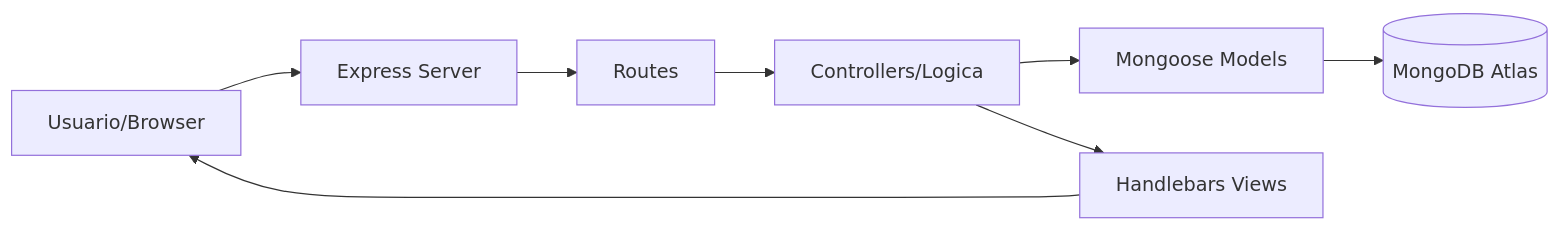
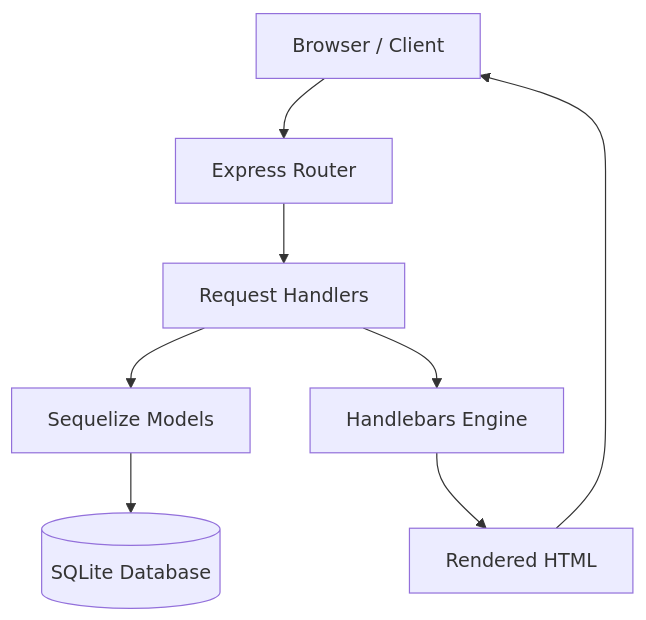
Before and after one commit to JJ16GC/UD_prueba: the diagram in README.md, drawn with Mermaid. The commit also changed other lines of this file, not shown here.

````diff
--- a/README.md
+++ b/README.md
@@ -20,10 +25,10 @@
 ```mermaid
-graph LR
-    A[Usuario/Browser] --> B[Express Server]
-    B --> C[Routes]
-    C --> D[Controllers/Logica]
-    D --> E[Mongoose Models]
-    E --> F[(MongoDB Atlas)]
-    D --> G[Handlebars Views]
-    G --> A
+graph TD
+    Client[Browser / Client] --> Routes[Express Router]
+    Routes --> Controllers[Request Handlers]
+    Controllers --> Model[Sequelize Models]
+    Model --> DB[(SQLite Database)]
+    Controllers --> Views[Handlebars Engine]
+    Views --> HTML[Rendered HTML]
+    HTML --> Client
 ```
````
